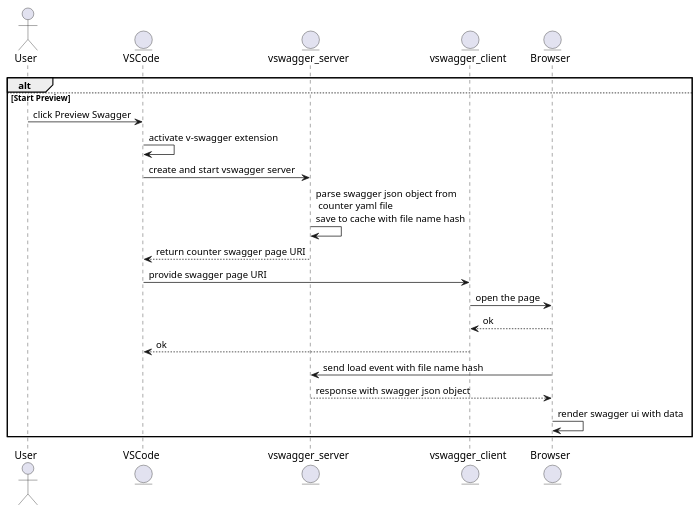
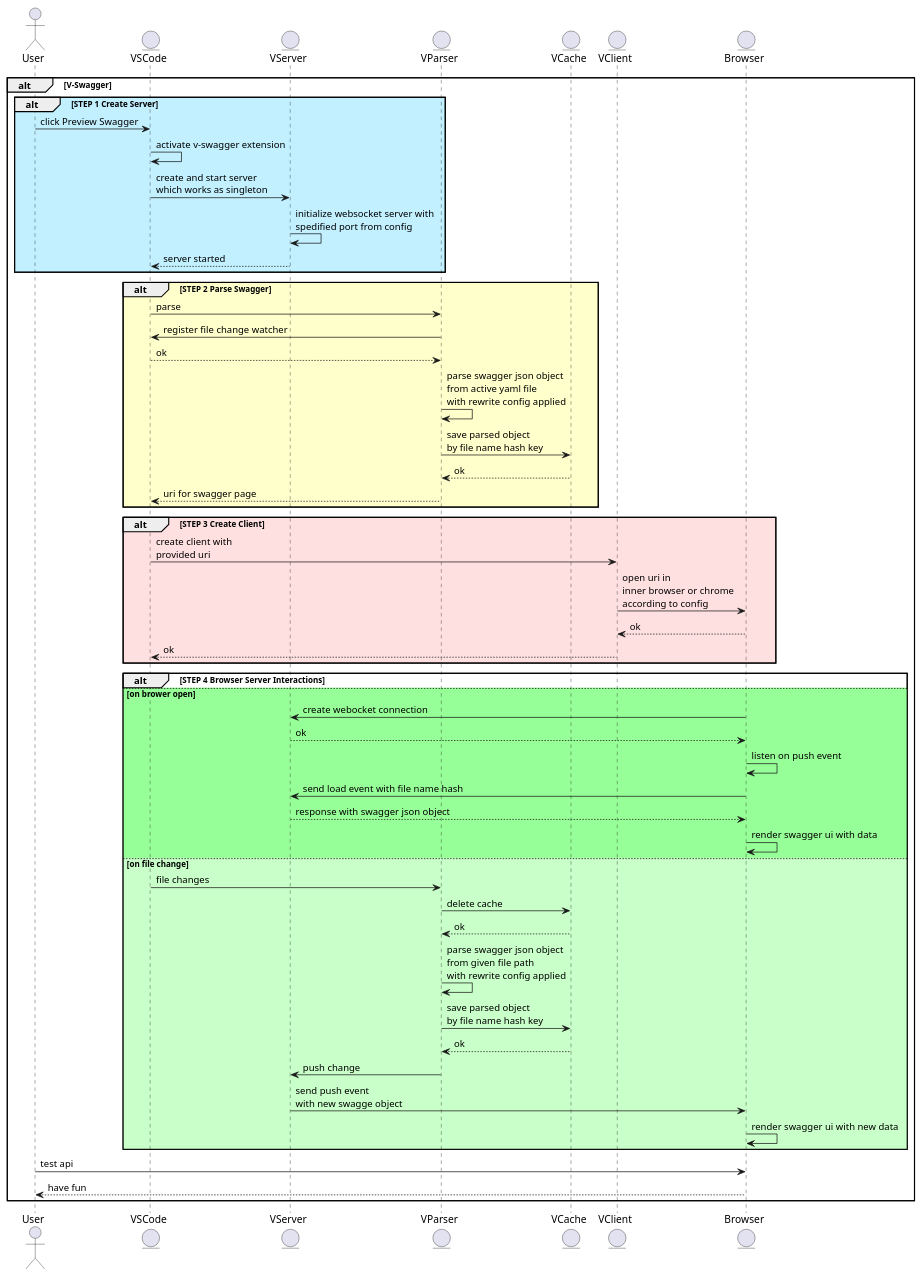
The diagram in docs/server_and_client_interact.puml (v-swagger/v-swagger), drawn with PlantUML before and after one commit.

Commit message:
feat: update puml to show the current process (#24)

```diff
--- a/docs/server_and_client_interact.puml
+++ b/docs/server_and_client_interact.puml
@@ -1,25 +1,63 @@
 @startuml
 
 actor User as u
 entity VSCode as v
-entity vswagger_server as s
-entity vswagger_client as c
+entity VServer as s
+entity VParser as p
+entity VCache as a
+entity VClient as c
 entity Browser as b
 
-alt 
-else Start Preview
-  u -> v: click Preview Swagger
-  v -> v: activate v-swagger extension
-  v -> s: create and start vswagger server 
-  s -> s: parse swagger json object from \n counter yaml file\nsave to cache with file name hash
-  s --> v: return counter swagger page URI
-  v -> c: provide swagger page URI
-  c -> b: open the page
-  b --> c: ok
-  c --> v: ok 
-  b -> s: send load event with file name hash
-  s --> b: response with swagger json object
-  b -> b: render swagger ui with data 
+alt V-Swagger
+
+  alt #Application STEP 1 Create Server
+    u -> v: click Preview Swagger
+    v -> v: activate v-swagger extension
+    v -> s: create and start server\nwhich works as singleton 
+    s -> s: initialize websocket server with \nspedified port from config
+    s --> v: server started
+  end
+
+  alt #Business STEP 2 Parse Swagger
+    v -> p: parse
+    p -> v: register file change watcher
+    v --> p: ok
+    p -> p: parse swagger json object\nfrom active yaml file\nwith rewrite config applied
+    p -> a: save parsed object \nby file name hash key
+    a -->p : ok
+    p --> v: uri for swagger page
+  end
+
+  alt #Implementation STEP 3 Create Client
+    v -> c: create client with\nprovided uri
+    c -> b: open uri in \ninner browser or chrome\naccording to config
+    b --> c: ok
+    c --> v: ok 
+  end
+
+  alt STEP 4 Browser Server Interactions
+  else #Physical on brower open
+    b -> s: create webocket connection
+    s --> b: ok
+    b -> b: listen on push event
+    b -> s: send load event with file name hash
+    s --> b: response with swagger json object
+    b -> b: render swagger ui with data 
+  else #Technology on file change
+    v -> p: file changes
+    p -> a: delete cache
+    a --> p: ok
+    p -> p: parse swagger json object\nfrom given file path\nwith rewrite config applied
+    p -> a: save parsed object \nby file name hash key
+    a --> p : ok
+    p -> s: push change
+    s -> b: send push event \nwith new swagge object
+    b -> b: render swagger ui with new data 
+  end
+
+  u -> b: test api
+  b --> u: have fun
+
 end
 
 @enduml
```
